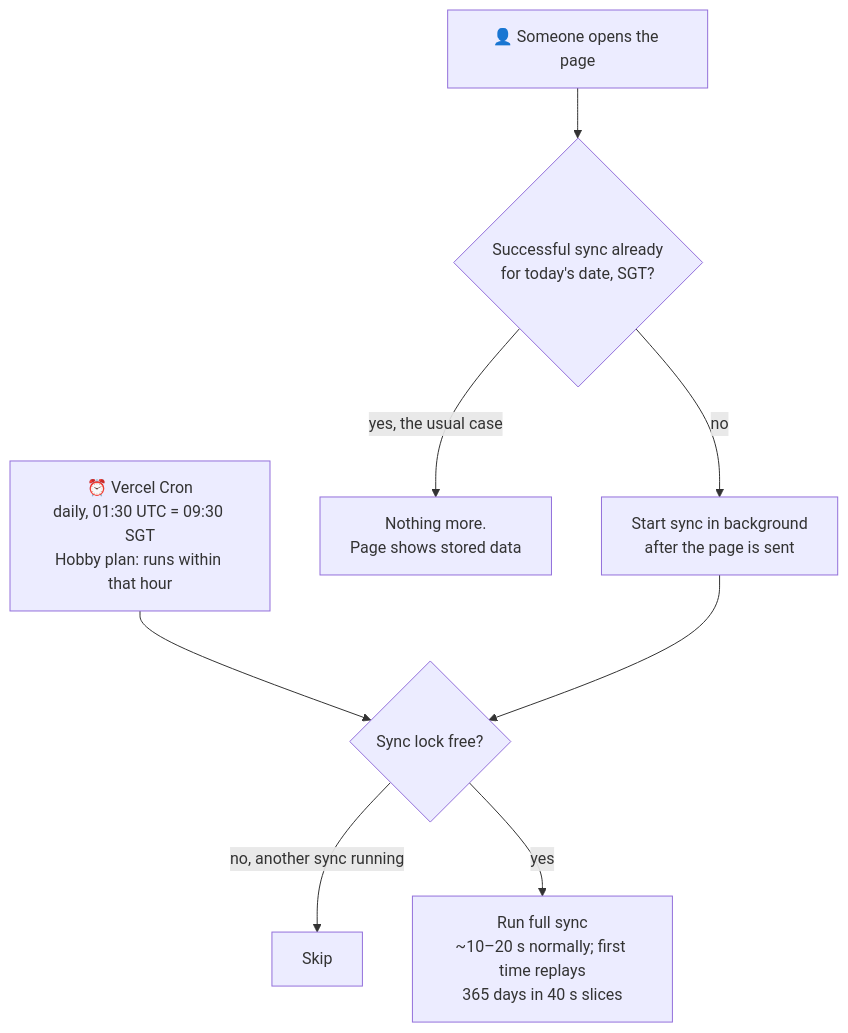
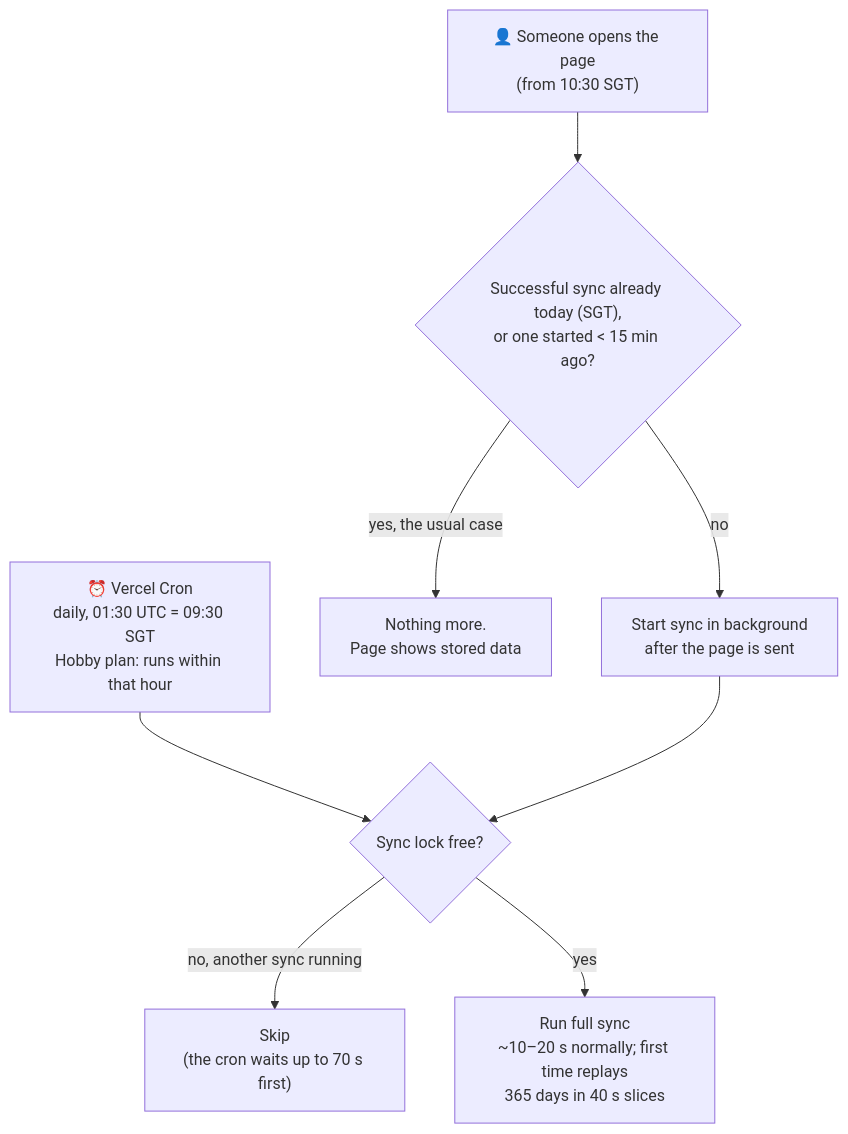
One commit to osandadeshan/ratecast changed the second of 7 diagrams in README.md. Above: the diagram before and after it, drawn with Mermaid. The commit also changed other lines of this file and 26 other files, not shown here.

````diff
--- a/README.md
+++ b/README.md
@@ -135,10 +135,10 @@
 ```mermaid
 flowchart TD
     T1["⏰ Vercel Cron<br/>daily, 01:30 UTC = 09:30 SGT<br/>Hobby plan: runs within that hour"] --> RUN
-    T2["👤 Someone opens the page"] --> CHK{"Successful sync already<br/>for today's date, SGT?"}
+    T2["👤 Someone opens the page<br/>(from 10:30 SGT)"] --> CHK{"Successful sync already today (SGT),<br/>or one started < 15 min ago?"}
     CHK -->|yes, the usual case| NOOP["Nothing more.<br/>Page shows stored data"]
     CHK -->|no| BG["Start sync in background<br/>after the page is sent"]
     BG --> RUN
-    RUN{"Sync lock free?"} -->|no, another sync running| SKIP["Skip"]
+    RUN{"Sync lock free?"} -->|no, another sync running| SKIP["Skip<br/>(the cron waits up to 70 s first)"]
     RUN -->|yes| SYNC["Run full sync<br/>~10–20 s normally; first time replays<br/>365 days in 40 s slices"]
 ```
````
